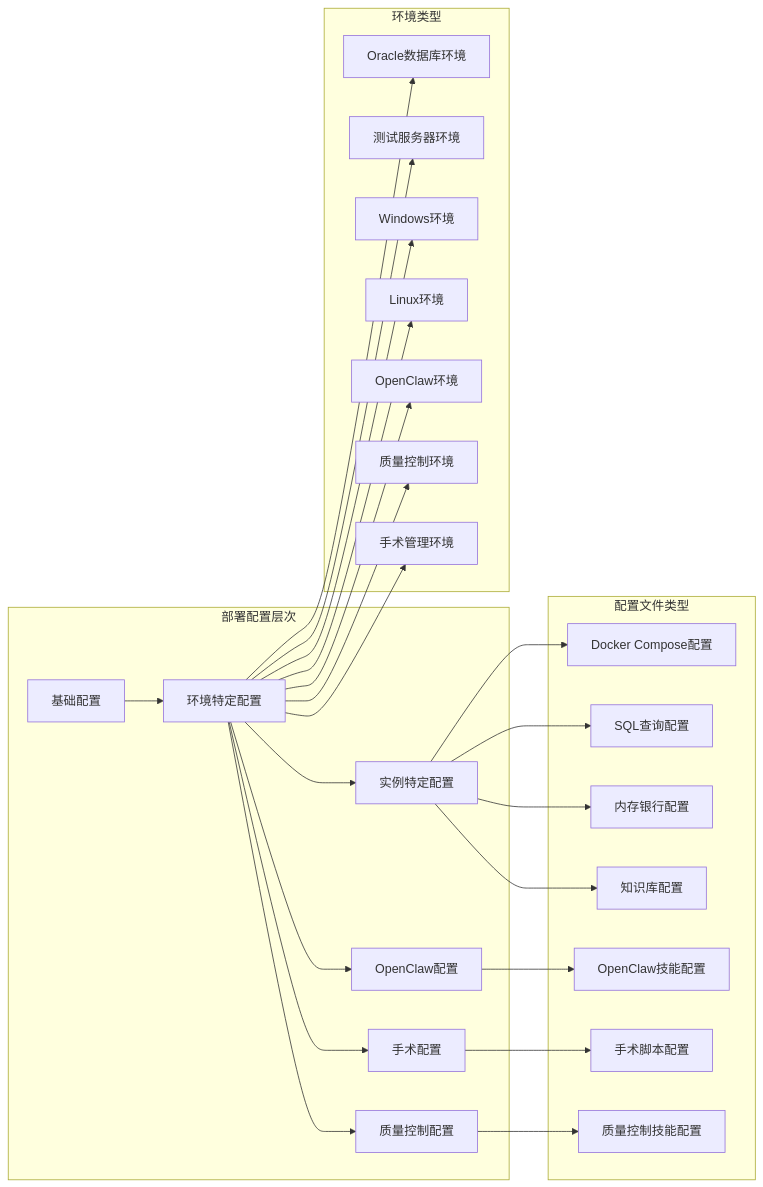
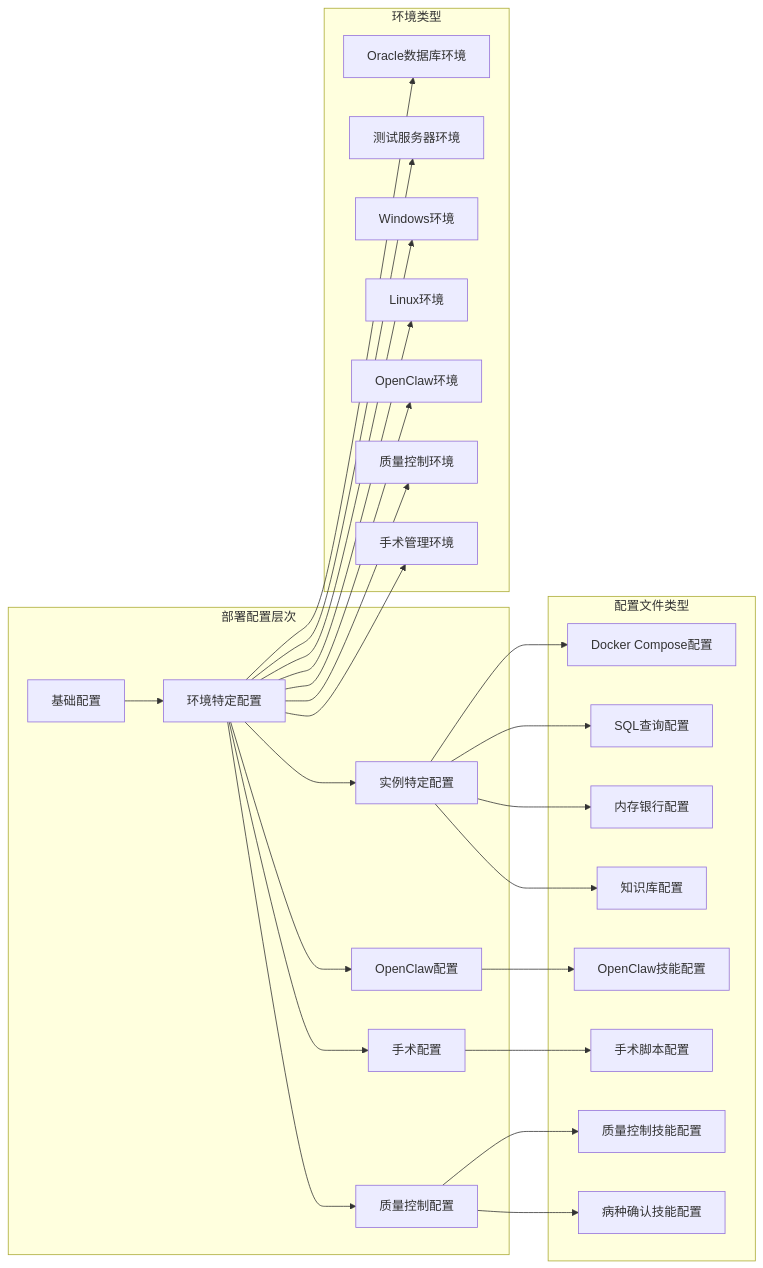
Before and after one commit to liuzh2008/med_ai_assistant_workspace: diagram 18 of 18 in .qoder/repowiki/zh/content/Update Summary/Update Summary.md, drawn with Mermaid. The commit also changed other lines of this file and 5 other files, not shown here.

````diff
--- a/.qoder/repowiki/zh/content/Update Summary/Update Summary.md
+++ b/.qoder/repowiki/zh/content/Update Summary/Update Summary.md
@@ -1380,48 +1651,50 @@
 ```mermaid
 graph LR
 subgraph "部署配置层次"
 BaseConfig[基础配置]
 EnvSpecific[环境特定配置]
 InstanceSpecific[实例特定配置]
 OpenClawConfig[OpenClaw配置]
 SurgeryConfig[手术配置]
 QCConfig[质量控制配置]
 end
 subgraph "环境类型"
 Oracle[Oracle数据库环境]
 TestServer[测试服务器环境]
 Windows[Windows环境]
 Linux[Linux环境]
 OpenClawEnv[OpenClaw环境]
 QCEnv[质量控制环境]
 SurgeryEnv[手术管理环境]
 end
 subgraph "配置文件类型"
 DockerCompose[Docker Compose配置]
 SQLQueries[SQL查询配置]
 MemoryBank[内存银行配置]
 KnowledgeBase[知识库配置]
 OpenClawSkill[OpenClaw技能配置]
 SurgeryScript[手术脚本配置]
 QCSkill[质量控制技能配置]
+QCDiseaseConfirmSkill[病种确认技能配置]
 end
 BaseConfig --> EnvSpecific
 EnvSpecific --> InstanceSpecific
 EnvSpecific --> OpenClawConfig
 EnvSpecific --> SurgeryConfig
 EnvSpecific --> QCConfig
 EnvSpecific --> Oracle
 EnvSpecific --> TestServer
 EnvSpecific --> Windows
 EnvSpecific --> Linux
 EnvSpecific --> OpenClawEnv
 EnvSpecific --> QCEnv
 EnvSpecific --> SurgeryEnv
 InstanceSpecific --> DockerCompose
 InstanceSpecific --> SQLQueries
 InstanceSpecific --> MemoryBank
 InstanceSpecific --> KnowledgeBase
 OpenClawConfig --> OpenClawSkill
 SurgeryConfig --> SurgeryScript
 QCConfig --> QCSkill
+QCConfig --> QCDiseaseConfirmSkill
 ```
````
